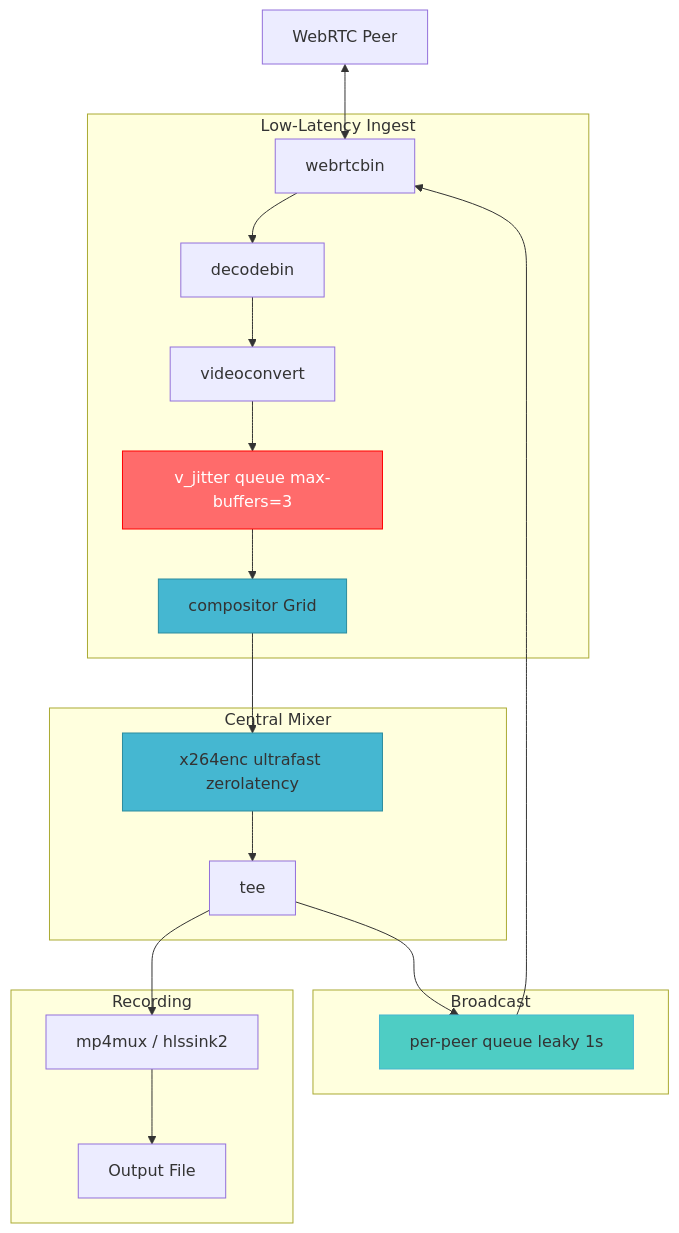
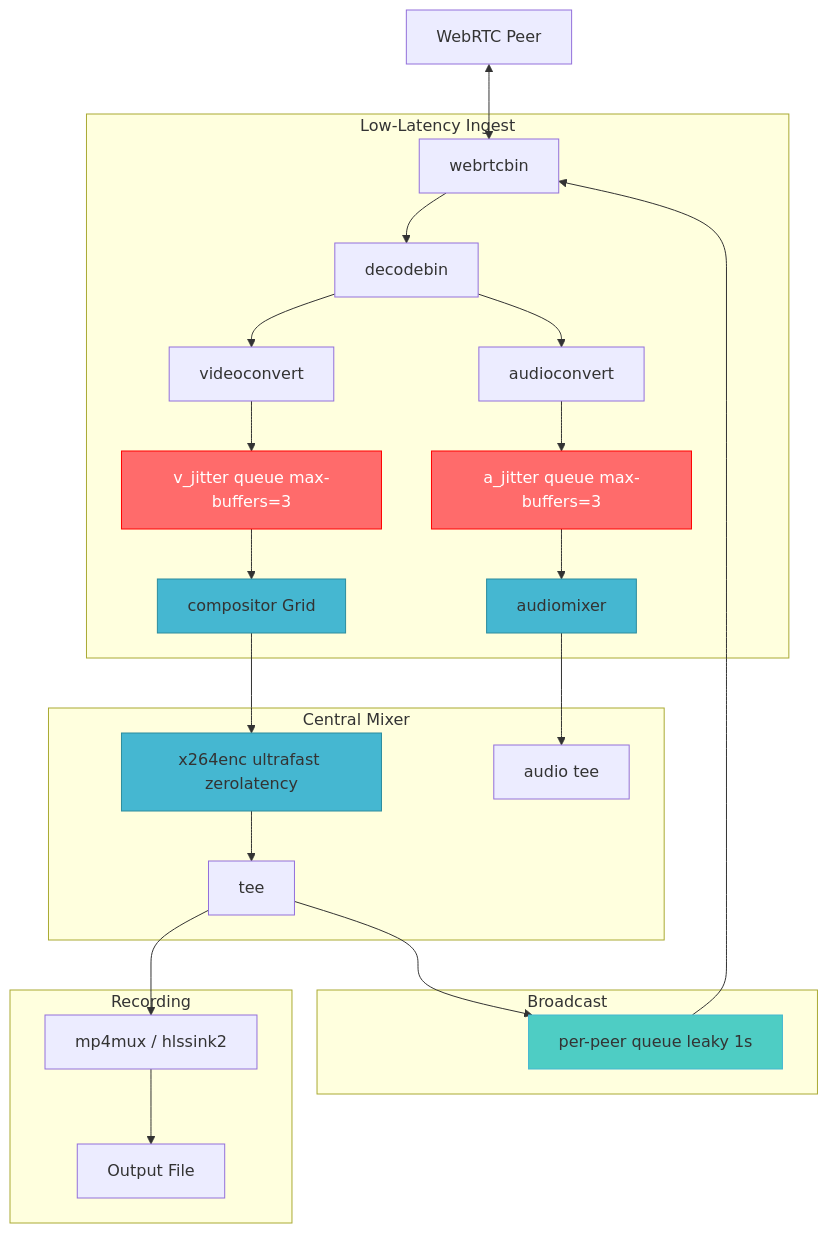
The first of 2 diagrams in GST.md (zencrypted/rtp), drawn with Mermaid before and after one commit. The commit also changed 1 other file, not shown here.

Commit message:
max latency for 3G

````diff
--- a/GST.md
+++ b/GST.md
@@ -28,26 +28,30 @@
 ```mermaid
 flowchart TD
     Peer[WebRTC Peer] <--> WB[webrtcbin]
     subgraph Ingest ["Low-Latency Ingest"]
         WB --> DB[decodebin]
         DB --> VC[videoconvert]
         VC --> JQ[v_jitter queue max-buffers=3]
         JQ --> COMP[compositor Grid]
+        DB --> AC[audioconvert]
+        AC --> AJQ[a_jitter queue max-buffers=3]
+        AJQ --> AMIX[audiomixer]
     end
     subgraph Mixer ["Central Mixer"]
         COMP --> ENC[x264enc ultrafast zerolatency]
         ENC --> TEE[tee]
+        AMIX --> ATEE[audio tee]
     end
     subgraph Broadcast ["Broadcast"]
         TEE --> VQ[per-peer queue leaky 1s] --> WB
     end
     subgraph Recording ["Recording"]
         TEE --> MUX[mp4mux / hlssink2] --> OUT[Output File]
     end
     classDef critical fill:#FF6B6B,stroke:#FF0000,color:white
     classDef queue fill:#4ECDC4,stroke:#45B7D1
     classDef mixer fill:#45B7D1,stroke:#2C8C9E
-    class JQ critical
+    class JQ,AJQ critical
     class VQ queue
-    class COMP,ENC mixer
+    class COMP,ENC,AMIX mixer
 ```
````
